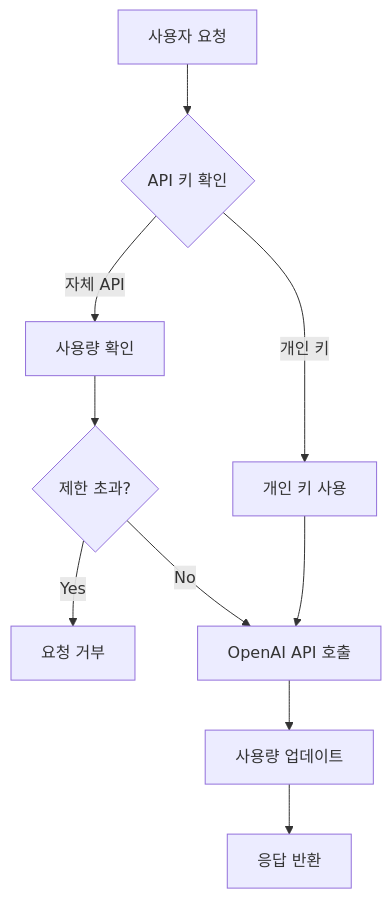
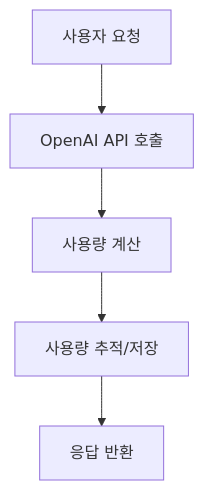
One commit to syshin0116/syshin0116.github.io changed the first of 2 diagrams in content/Dev/2025-08-30-API-사용량-추적-시스템-설계.md. Above: the diagram before and after it, drawn with Mermaid. The commit also changed other lines of this file, not shown here.

````diff
--- a/content/Dev/2025-08-30-API-사용량-추적-시스템-설계.md
+++ b/content/Dev/2025-08-30-API-사용량-추적-시스템-설계.md
@@ -52,12 +40,7 @@
 ```mermaid
 graph TD
-    A[사용자 요청] --> B{API 키 확인}
-    B -->|자체 API| C[사용량 확인]
-    B -->|개인 키| D[개인 키 사용]
-    C --> E{제한 초과?}
-    E -->|Yes| F[요청 거부]
-    E -->|No| G[OpenAI API 호출]
-    G --> H[사용량 업데이트]
-    H --> I[응답 반환]
-    D --> G
+    A[사용자 요청] --> B[OpenAI API 호출]
+    B --> C[사용량 계산]
+    C --> D[사용량 추적/저장]
+    D --> E[응답 반환]
 ```
````
